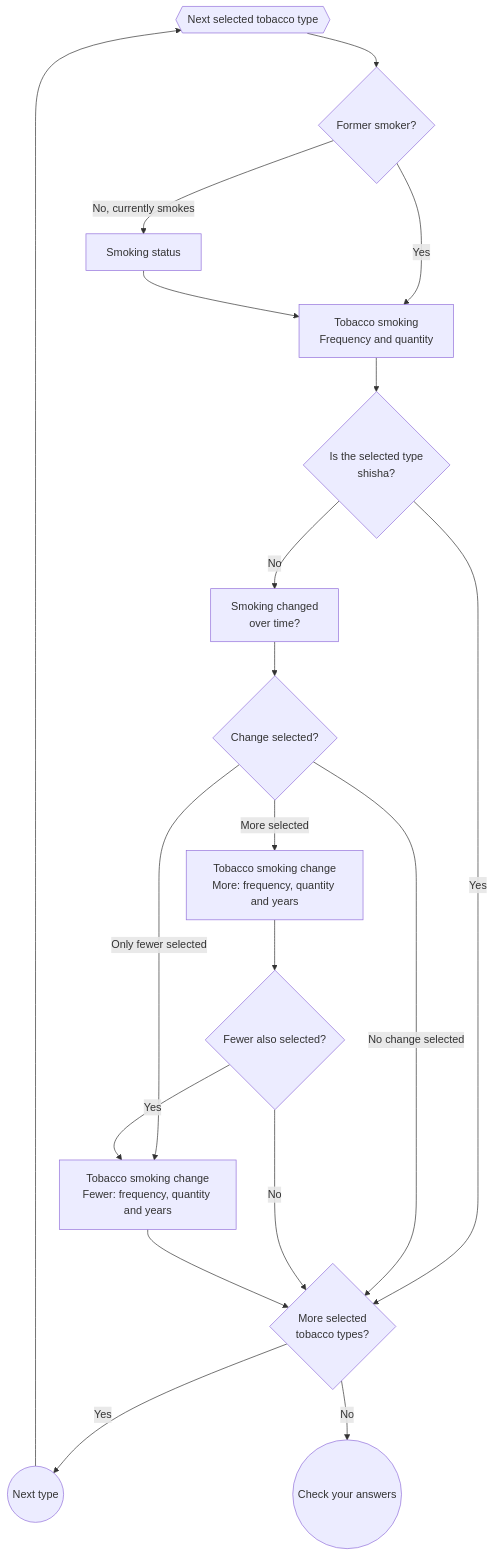
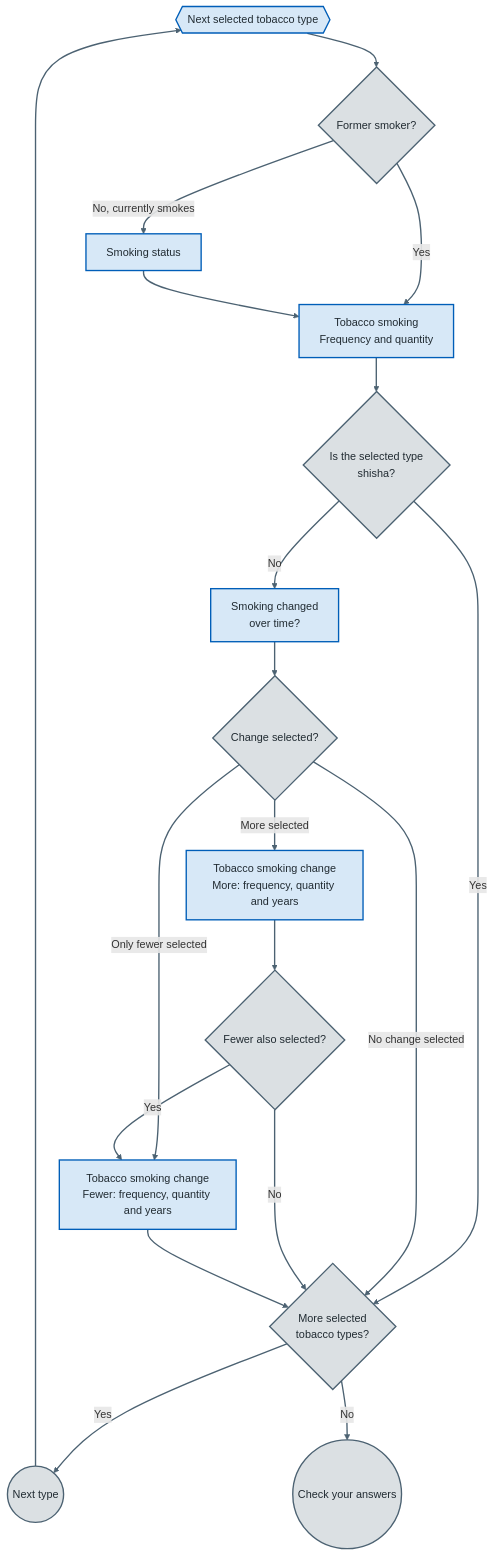
One commit to NHSDigital/prototype-lung-health-check changed the second of 2 diagrams in app/prototype_v4_2/docs/question-flow.md. Above: the diagram before and after it, drawn with Mermaid. The commit also changed other lines of this file and 3 other files, not shown here.

Commit message:
Add colours to flowcharts

````diff
--- a/app/prototype_v4_2/docs/question-flow.md
+++ b/app/prototype_v4_2/docs/question-flow.md
@@ -101,27 +108,33 @@
 ```mermaid
 flowchart TD
   selectedType{{Next selected tobacco type}} --> formerSmokerDecision{"Former smoker?"}
 
   formerSmokerDecision -- No, currently smokes --> status["Smoking status"]
   formerSmokerDecision -- Yes --> tobaccoSmoking["Tobacco smoking<br>Frequency and quantity"]
   status --> tobaccoSmoking
 
   tobaccoSmoking --> isShisha{"Is the selected type<br>shisha?"}
   isShisha -- Yes --> moreTypes
   isShisha -- No --> changed["Smoking changed<br>over time?"]
 
   changed --> changedDecision{"Change selected?"}
   changedDecision -- No change selected --> moreTypes
   changedDecision -- More selected --> moreChange["Tobacco smoking change<br>More: frequency, quantity and years"]
   moreChange --> fewerSelected{"Fewer also selected?"}
 
   changedDecision -- Only fewer selected --> fewerChange["Tobacco smoking change<br>Fewer: frequency, quantity and years"]
   fewerSelected -- Yes --> fewerChange
   fewerSelected -- No --> moreTypes
   fewerChange --> moreTypes
 
   moreTypes{"More selected<br>tobacco types?"}
   moreTypes -- Yes --> nextType((Next type))
   nextType --> selectedType
   moreTypes -- No --> cya((Check your answers))
+  classDef controlFlow fill:#dbe0e3,stroke:#4c6272,color:#212b32,stroke-width:2px
+  classDef process fill:#d7e8f7,stroke:#005eb8,color:#212b32,stroke-width:2px
+  classDef data fill:#d9f3f0,stroke:#00a499,color:#212b32,stroke-width:2px
+  linkStyle default stroke:#4c6272,stroke-width:2px
+  class changedDecision,cya,fewerSelected,formerSmokerDecision,isShisha,moreTypes,nextType controlFlow
+  class changed,fewerChange,moreChange,selectedType,status,tobaccoSmoking process
 ```
````
